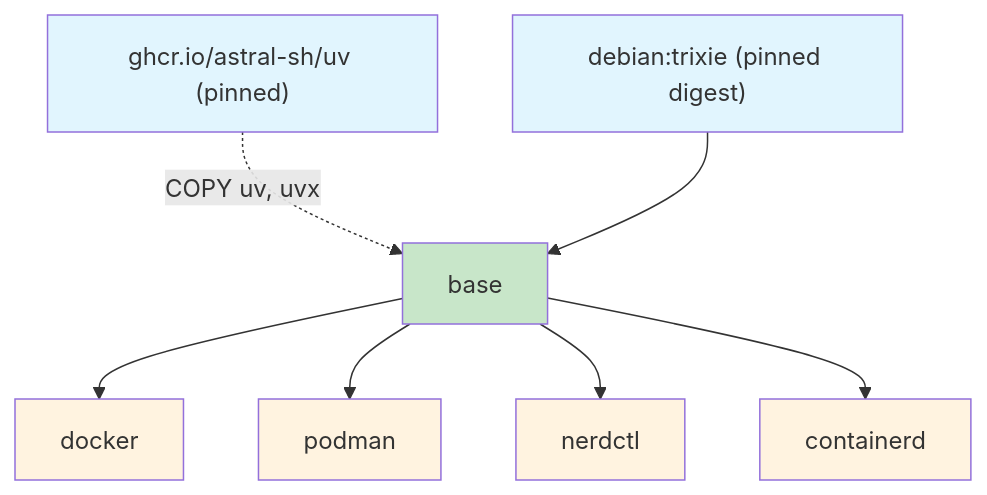
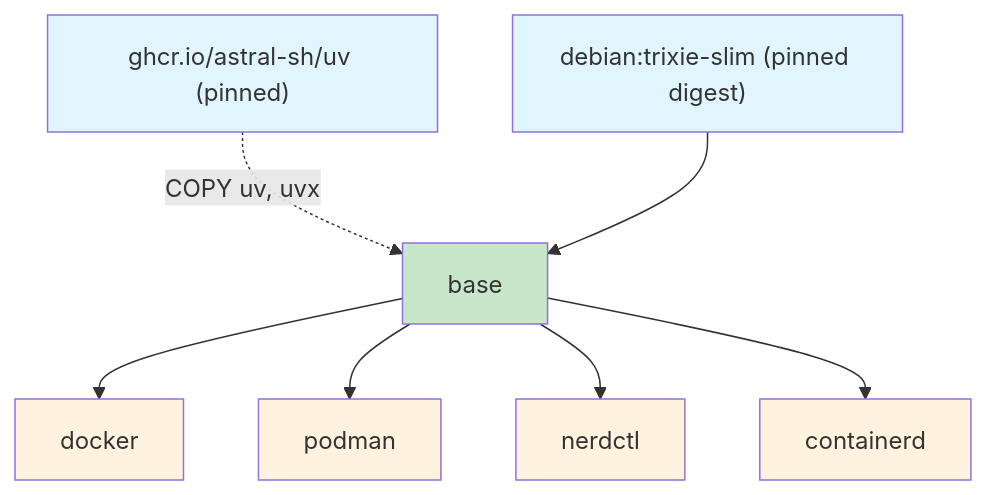
Before and after one commit to obeone/netshoot: the diagram in README.md, drawn with Mermaid. The commit also changed 3 other files, not shown here.

First line of the commit message:
perf(image): build on debian:trixie-slim

````diff
--- a/README.md
+++ b/README.md
@@ -48,17 +48,17 @@
 ```mermaid
 flowchart TB
     U["ghcr.io/astral-sh/uv (pinned)"] -. "COPY uv, uvx" .-> B
-    A["debian:trixie (pinned digest)"] --> B["base"]
+    A["debian:trixie-slim (pinned digest)"] --> B["base"]
     B --> C["docker"]
     B --> D["podman"]
     B --> E["nerdctl"]
     B --> F["containerd"]
 
     style U fill:#e1f5fe
     style A fill:#e1f5fe
     style B fill:#c8e6c9
     style C fill:#fff3e0
     style D fill:#fff3e0
     style E fill:#fff3e0
     style F fill:#fff3e0
 ```
````
